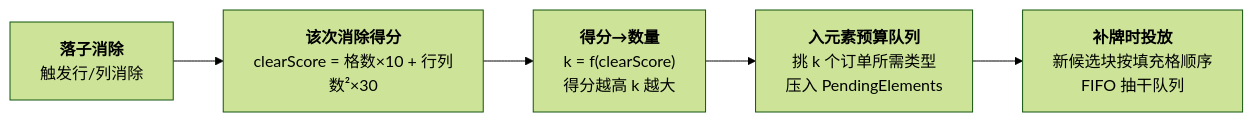
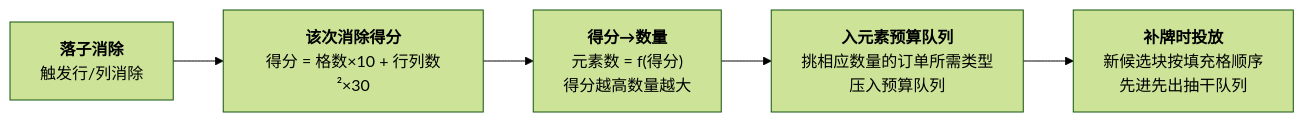
The first of 3 diagrams in UnityProject/design-docs/10-score-element-rm-collect.md (zhoupeng921101/TEngine_zp), drawn with Mermaid (forest theme) before and after one commit. The commit also changed other lines of this file and 20 other files, not shown here.

````diff
--- a/UnityProject/design-docs/10-score-element-rm-collect.md
+++ b/UnityProject/design-docs/10-score-element-rm-collect.md
@@ -45,7 +45,7 @@
 ```mermaid
 flowchart LR
-    A["<b>落子消除</b><br>触发行/列消除"] --> B["<b>该次消除得分</b><br>clearScore = 格数×10 + 行列数²×30"]
-    B --> C["<b>得分→数量</b><br>k = f(clearScore)<br>得分越高 k 越大"]
-    C --> D["<b>入元素预算队列</b><br>挑 k 个订单所需类型<br>压入 PendingElements"]
-    D --> E["<b>补牌时投放</b><br>新候选块按填充格顺序<br>FIFO 抽干队列"]
+    A["<b>落子消除</b><br>触发行/列消除"] --> B["<b>该次消除得分</b><br>得分 = 格数×10 + 行列数²×30"]
+    B --> C["<b>得分→数量</b><br>元素数 = f(得分)<br>得分越高数量越大"]
+    C --> D["<b>入元素预算队列</b><br>挑相应数量的订单所需类型<br>压入预算队列"]
+    D --> E["<b>补牌时投放</b><br>新候选块按填充格顺序<br>先进先出抽干队列"]
 ```
````
